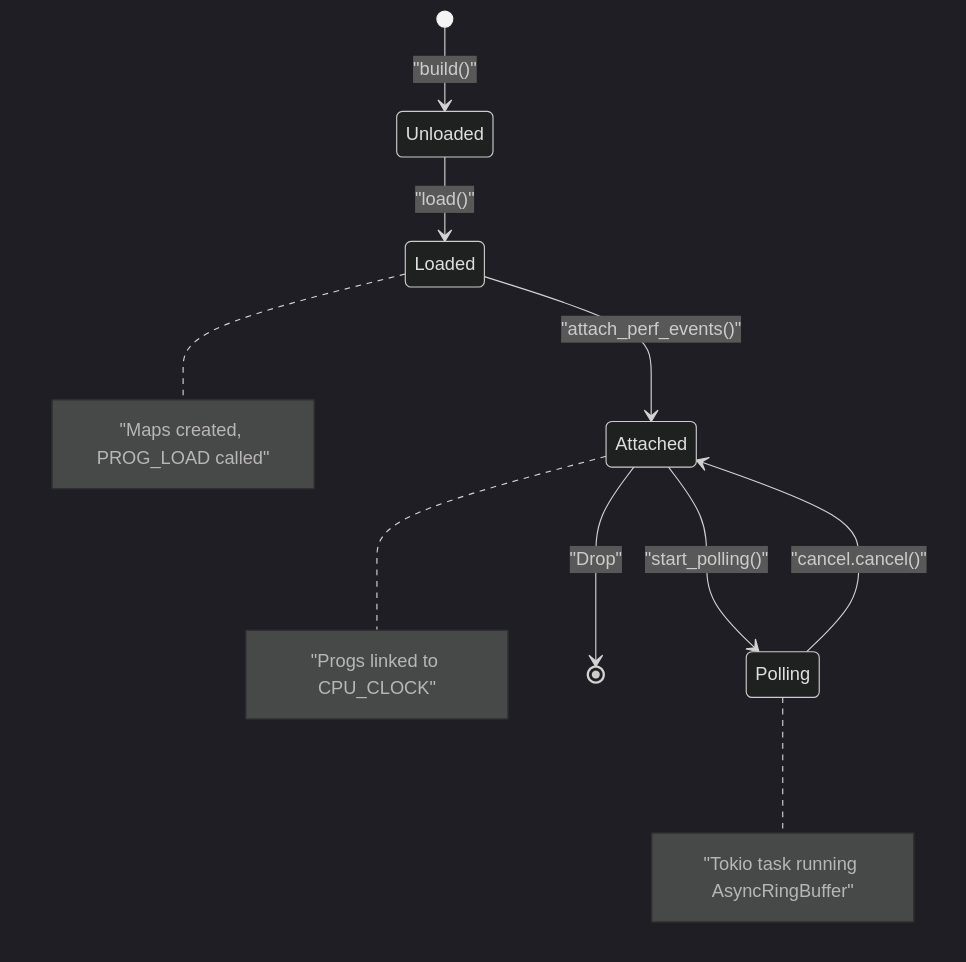
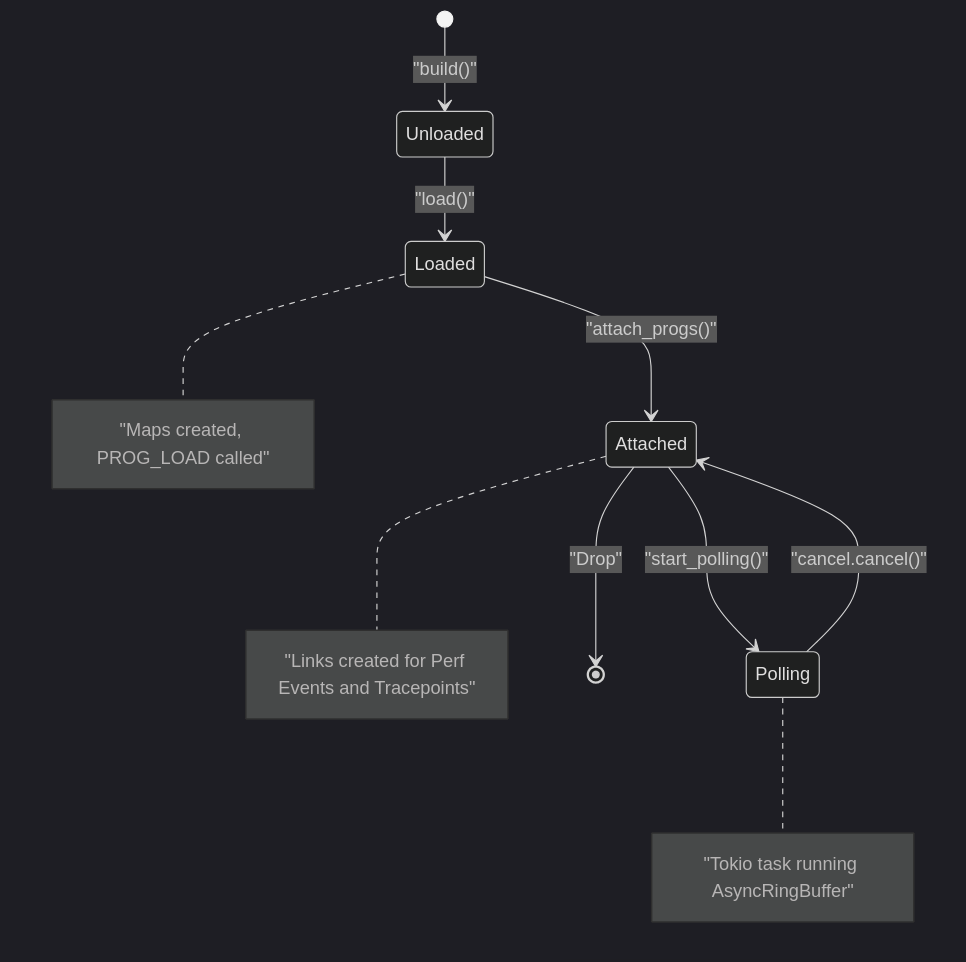
One commit to sugarraysam/bistouri changed the diagram in docs/profiler.qmd. Above: the diagram before and after it, drawn with Mermaid (dark theme). The commit also changed other lines of this file and 4 other files, not shown here.

````diff
--- a/docs/profiler.qmd
+++ b/docs/profiler.qmd
@@ -61,13 +63,13 @@
 ```{mermaid}
 stateDiagram-v2
     [*] --> Unloaded : "build()"
     Unloaded --> Loaded : "load()"
-    Loaded --> Attached : "attach_perf_events()"
+    Loaded --> Attached : "attach_progs()"
     Attached --> Polling : "start_polling()"
     Polling --> Attached : "cancel.cancel()"
     Attached --> [*] : "Drop"
 
     note right of Loaded : "Maps created, PROG_LOAD called"
-    note right of Attached : "Progs linked to CPU_CLOCK"
+    note right of Attached : "Links created for Perf Events and Tracepoints"
     note right of Polling : "Tokio task running AsyncRingBuffer"
 ```
````
